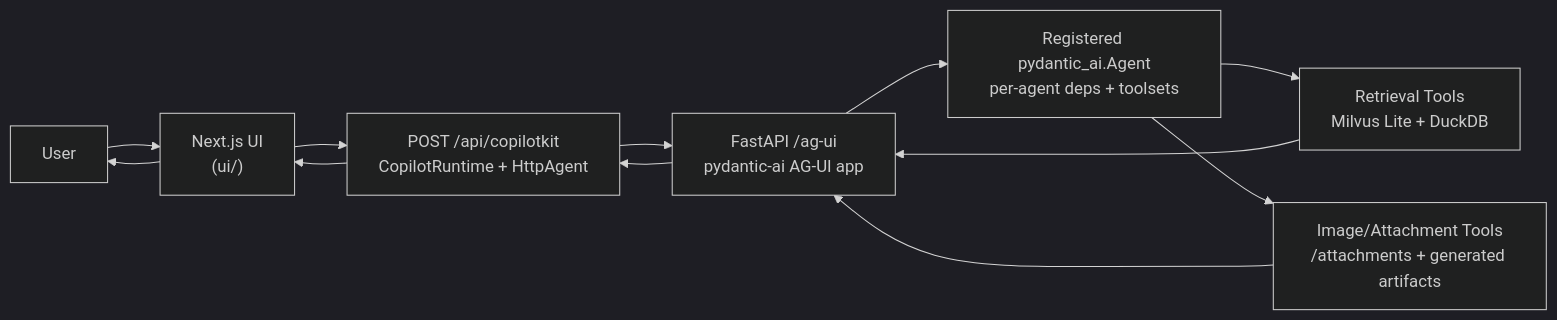
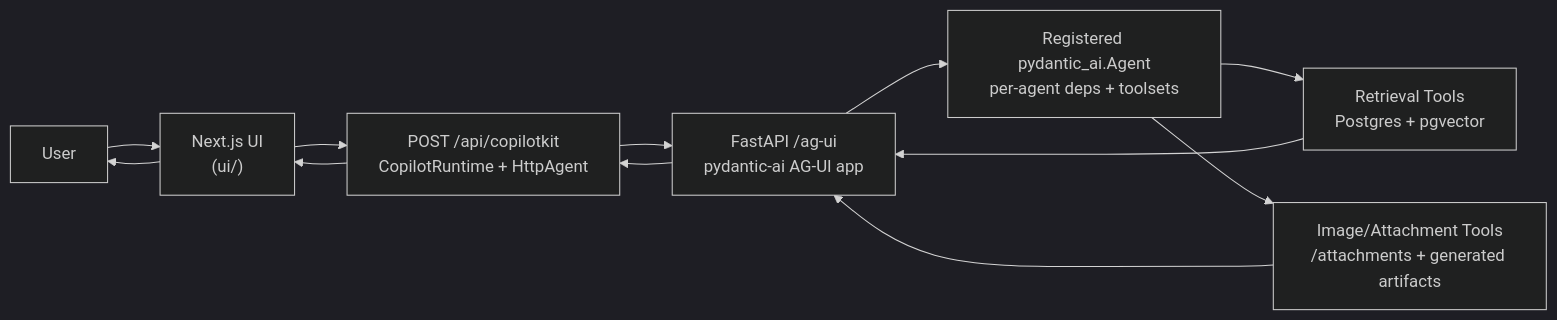
Before and after one commit to talolard/SICKR: the diagram in README.md, drawn with Mermaid (dark theme). The commit also changed other lines of this file and 1 other file, not shown here.

First line of the commit message:
Refresh Postgres rollout docs and plan

````diff
--- a/README.md
+++ b/README.md
@@ -64,14 +68,14 @@
 ```mermaid
 flowchart LR
     U[User] --> UI["Next.js UI<br/>(ui/)"]
     UI --> CK["POST /api/copilotkit<br/>CopilotRuntime + HttpAgent"]
     CK --> AG["FastAPI /ag-ui<br/>pydantic-ai AG-UI app"]
     AG --> A["Registered pydantic_ai.Agent<br/>per-agent deps + toolsets"]
-    A --> T1["Retrieval Tools<br/>Milvus Lite + DuckDB"]
+    A --> T1["Retrieval Tools<br/>Postgres + pgvector"]
     A --> T2["Image/Attachment Tools<br/>/attachments + generated artifacts"]
     T1 --> AG
     T2 --> AG
     AG --> CK
     CK --> UI
     UI --> U
 ```
````
